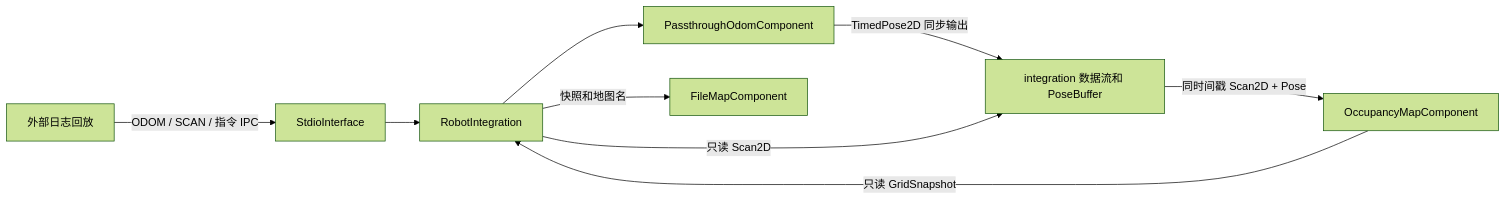
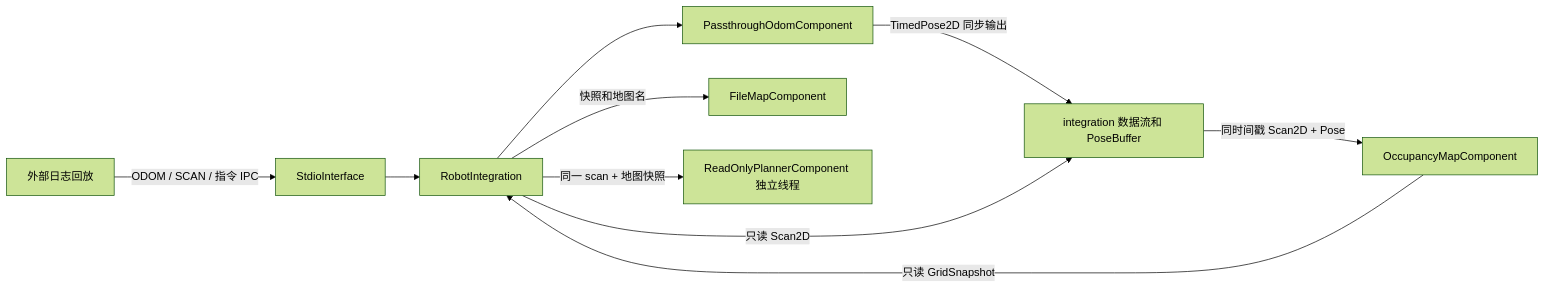
One commit to PU-UP/roboframe changed the diagram in docs/mapping.md. Above: the diagram before and after it, drawn with Mermaid (forest theme). The commit also changed other lines of this file and 40 other files, not shown here.

```diff
--- a/docs/mapping.md
+++ b/docs/mapping.md
@@ -6,11 +6,12 @@
 ~~~mermaid
 flowchart LR
     R[外部日志回放] -->|ODOM / SCAN / 指令 IPC| I[StdioInterface]
     I --> N[RobotIntegration]
     N --> O[PassthroughOdomComponent]
     O -->|TimedPose2D 同步输出| D[integration 数据流和 PoseBuffer]
     N -->|只读 Scan2D| D
     D -->|同时间戳 Scan2D + Pose| U[OccupancyMapComponent]
     N -->|快照和地图名| M[FileMapComponent]
     U -->|只读 GridSnapshot| N
+    N -->|同一 scan + 地图快照| P[ReadOnlyPlannerComponent 独立线程]
 ~~~
```
